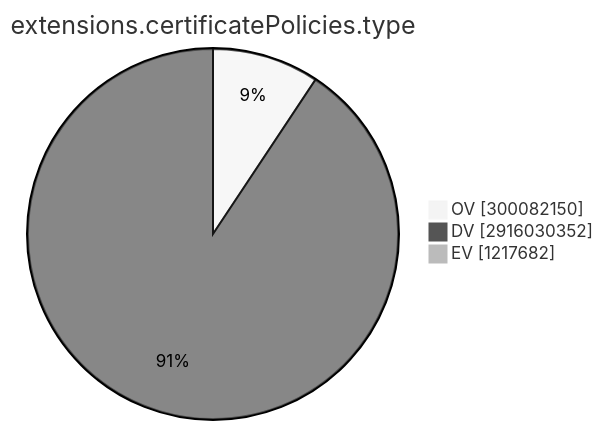
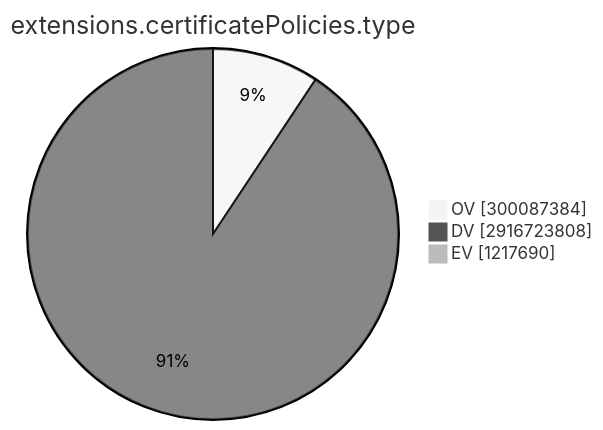
Before and after one commit to christiankrug/ctmonitor_visualization: the ninth of 15 diagrams in TOTAL/README.md, drawn with Mermaid (neutral theme). The commit also changed other lines of this file, not shown here.

````diff
--- a/TOTAL/README.md
+++ b/TOTAL/README.md
@@ -3101,7 +3101,7 @@
 ```mermaid
 pie showData
 title extensions.certificatePolicies.type
-"OV" :300082150
-"DV" :2916030352
-"EV" :1217682
+"OV" :300087384
+"DV" :2916723808
+"EV" :1217690
 ```
````
